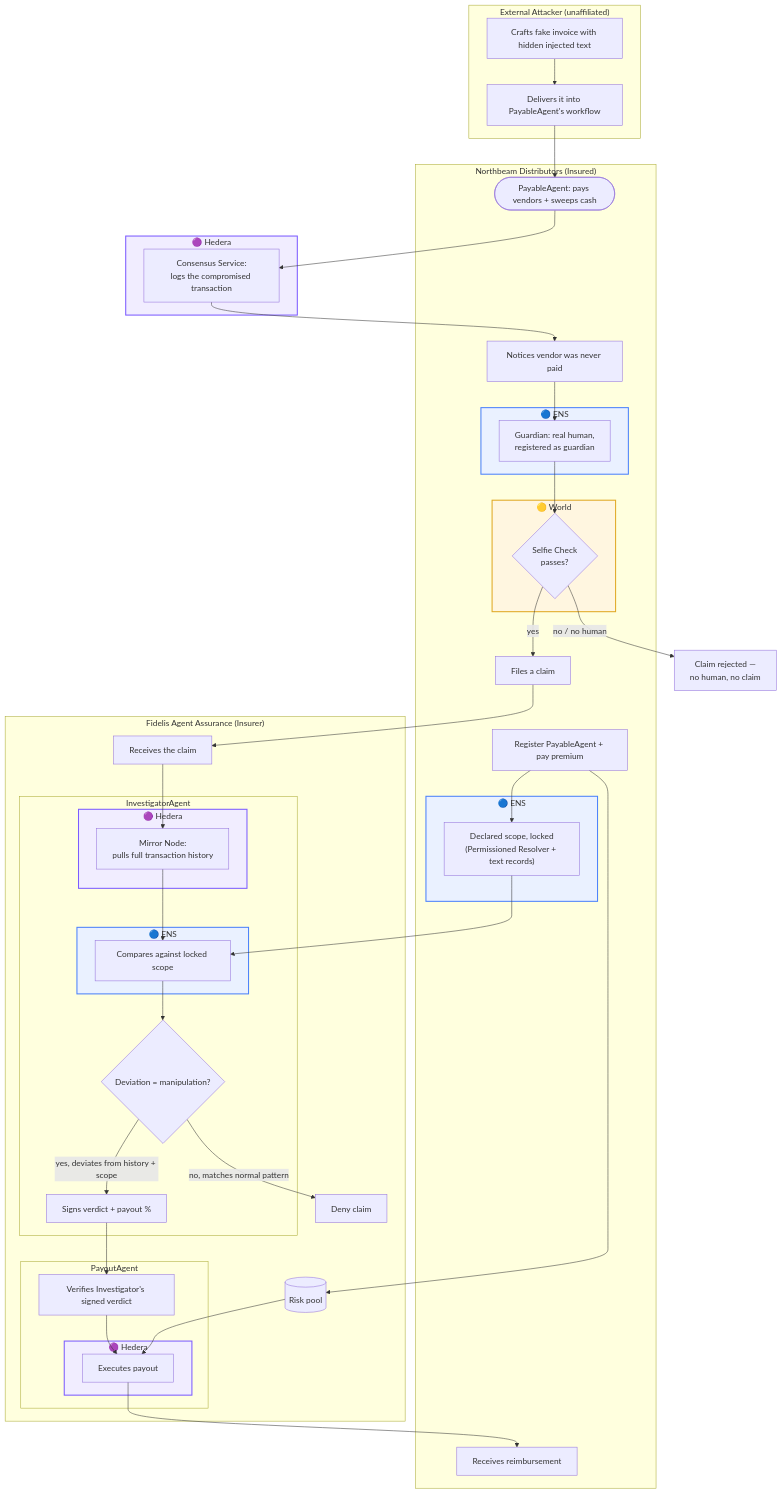
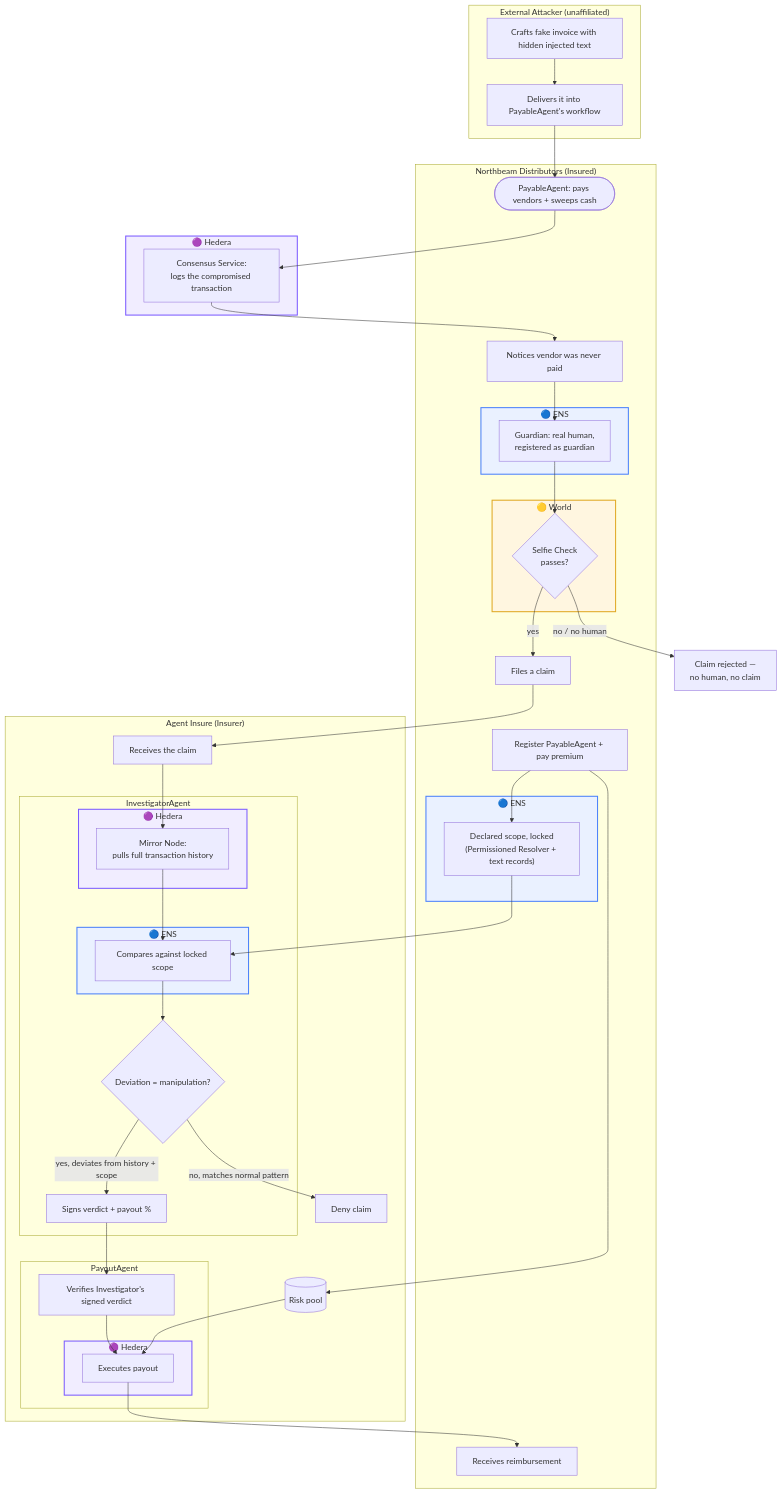
One commit to jianruan-io/agent-insure changed the fourth of 4 diagrams in README.md. Above: the diagram before and after it, drawn with Mermaid. The commit also changed other lines of this file and 7 other files, not shown here.

````diff
--- a/README.md
+++ b/README.md
@@ -230,80 +230,80 @@
 ```mermaid
 flowchart TD
     subgraph COMPANY["Northbeam Distributors (Insured)"]
         REGISTER["Register PayableAgent + pay premium"]
 
         subgraph ENS_SCOPE["🔵 ENS"]
             SCOPE["Declared scope, locked<br/>(Permissioned Resolver + text records)"]
         end
 
         PAYABLE(["PayableAgent: pays vendors + sweeps cash"])
         NOTICE["Notices vendor was never paid"]
 
         subgraph ENS_GUARDIAN["🔵 ENS"]
             GUARDIAN["Guardian: real human,<br/>registered as guardian"]
         end
 
         subgraph WORLD_SELFIE["🟡 World"]
             SELFIE{"Selfie Check<br/>passes?"}
         end
 
         CLAIM["Files a claim"]
         PAID["Receives reimbursement"]
     end
 
     BLOCKED["Claim rejected —<br/>no human, no claim"]
 
     subgraph ATTACKER["External Attacker (unaffiliated)"]
         CRAFT["Crafts fake invoice with hidden injected text"]
         SEND["Delivers it into PayableAgent's workflow"]
     end
 
     subgraph HEDERA_LOG["🟣 Hedera"]
         LOG["Consensus Service:<br/>logs the compromised transaction"]
     end
 
-    subgraph INSURER["Fidelis Agent Assurance (Insurer)"]
+    subgraph INSURER["Agent Insure (Insurer)"]
         POOL[("Risk pool")]
         INTAKE["Receives the claim"]
 
         subgraph INVESTIGATOR["InvestigatorAgent"]
             subgraph HEDERA_PULL["🟣 Hedera"]
                 PULL["Mirror Node:<br/>pulls full transaction history"]
             end
             subgraph ENS_CHECK["🔵 ENS"]
                 CHECK["Compares against locked scope"]
             end
             VERDICT{"Deviation = manipulation?"}
             SIGN["Signs verdict + payout %"]
         end
 
         subgraph PAYOUTAGENT["PayoutAgent"]
             VERIFY["Verifies Investigator's signed verdict"]
             subgraph HEDERA_EXEC["🟣 Hedera"]
                 EXECUTE["Executes payout"]
             end
         end
 
         DENY["Deny claim"]
     end
 
     REGISTER --> SCOPE
     REGISTER --> POOL
     CRAFT --> SEND --> PAYABLE --> LOG
     LOG --> NOTICE --> GUARDIAN --> SELFIE
     SELFIE -- "yes" --> CLAIM --> INTAKE
     SELFIE -- "no / no human" --> BLOCKED
     INTAKE --> PULL --> CHECK --> VERDICT
     SCOPE --> CHECK
     VERDICT -- "yes, deviates from history + scope" --> SIGN --> VERIFY --> EXECUTE
     VERDICT -- "no, matches normal pattern" --> DENY
     POOL --> EXECUTE --> PAID
 
     style ENS_SCOPE fill:#eaf1ff,stroke:#4c82fb,stroke-width:2px
     style ENS_GUARDIAN fill:#eaf1ff,stroke:#4c82fb,stroke-width:2px
     style ENS_CHECK fill:#eaf1ff,stroke:#4c82fb,stroke-width:2px
     style WORLD_SELFIE fill:#fff6e0,stroke:#e0a825,stroke-width:2px
     style HEDERA_LOG fill:#f1edff,stroke:#7c5cff,stroke-width:2px
     style HEDERA_PULL fill:#f1edff,stroke:#7c5cff,stroke-width:2px
     style HEDERA_EXEC fill:#f1edff,stroke:#7c5cff,stroke-width:2px
 ```
````
